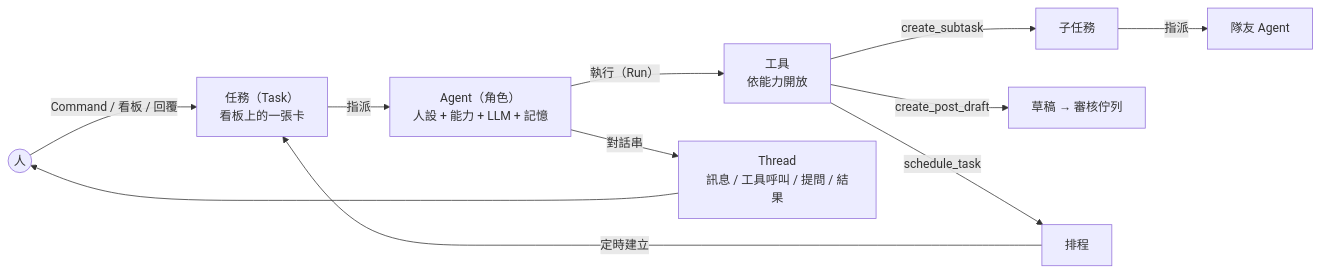
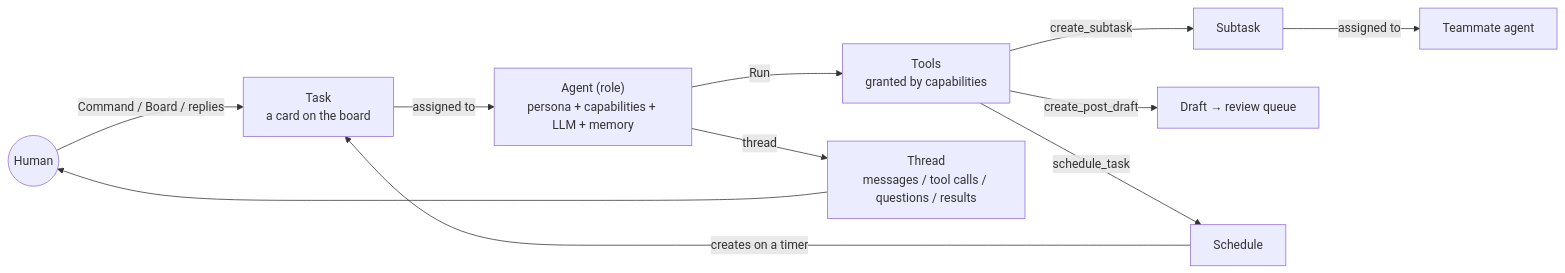
Before and after one commit to j75689/cueflow: the first of 4 diagrams in docs/agentic-flow.md, drawn with Mermaid. The commit also changed other lines of this file and 20 other files, not shown here.

````diff
--- a/docs/agentic-flow.md
+++ b/docs/agentic-flow.md
@@ -18,11 +21,11 @@
 ```mermaid
 flowchart LR
-    Human(("人")) -->|"Command / 看板 / 回覆"| Task["任務（Task）<br/>看板上的一張卡"]
-    Task -->|"指派"| Agent["Agent（角色）<br/>人設 + 能力 + LLM + 記憶"]
-    Agent -->|"執行（Run）"| Tools["工具<br/>依能力開放"]
-    Tools -->|"create_subtask"| Sub["子任務"] -->|"指派"| Mate["隊友 Agent"]
-    Tools -->|"create_post_draft"| Draft["草稿 → 審核佇列"]
-    Tools -->|"schedule_task"| Sched["排程"] -->|"定時建立"| Task
-    Agent -->|"對話串"| Thread["Thread<br/>訊息 / 工具呼叫 / 提問 / 結果"]
+    Human(("Human")) -->|"Command / Board / replies"| Task["Task<br/>a card on the board"]
+    Task -->|"assigned to"| Agent["Agent (role)<br/>persona + capabilities + LLM + memory"]
+    Agent -->|"Run"| Tools["Tools<br/>granted by capabilities"]
+    Tools -->|"create_subtask"| Sub["Subtask"] -->|"assigned to"| Mate["Teammate agent"]
+    Tools -->|"create_post_draft"| Draft["Draft → review queue"]
+    Tools -->|"schedule_task"| Sched["Schedule"] -->|"creates on a timer"| Task
+    Agent -->|"thread"| Thread["Thread<br/>messages / tool calls / questions / results"]
     Thread --> Human
 ```
````
